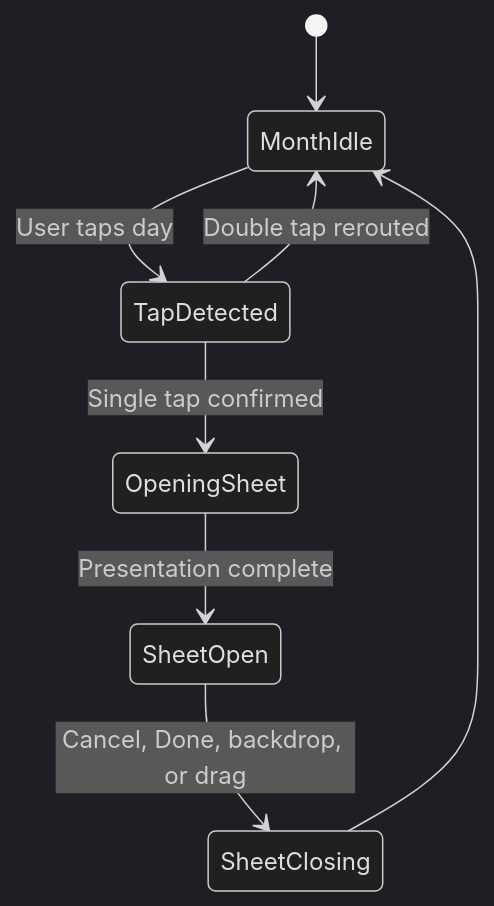
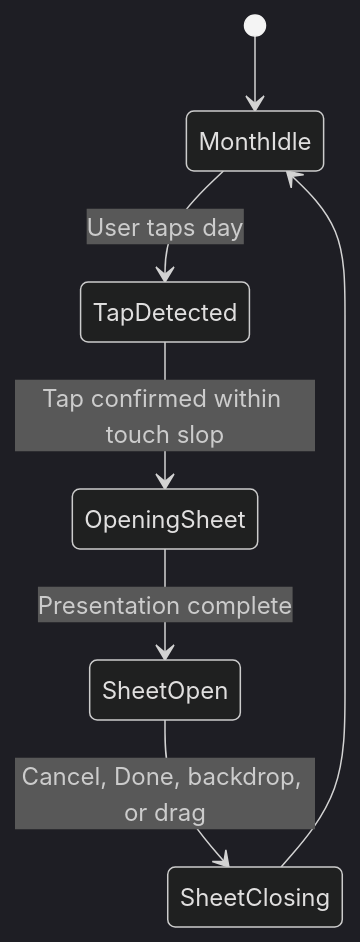
One commit to ukkodeveloper/toda-calendar changed the diagram in docs/ux-flows/diagrams/uc-003-open-the-compact-day-sheet/states.md. Above: the diagram before and after it, drawn with Mermaid (dark theme). The commit also changed 23 other files, not shown here.

````diff
--- a/docs/ux-flows/diagrams/uc-003-open-the-compact-day-sheet/states.md
+++ b/docs/ux-flows/diagrams/uc-003-open-the-compact-day-sheet/states.md
@@ -3,10 +3,9 @@
 ```mermaid
 stateDiagram-v2
     [*] --> MonthIdle
     MonthIdle --> TapDetected: User taps day
-    TapDetected --> OpeningSheet: Single tap confirmed
-    TapDetected --> MonthIdle: Double tap rerouted
+    TapDetected --> OpeningSheet: Tap confirmed within touch slop
     OpeningSheet --> SheetOpen: Presentation complete
     SheetOpen --> SheetClosing: Cancel, Done, backdrop, or drag
     SheetClosing --> MonthIdle
 ```
````
